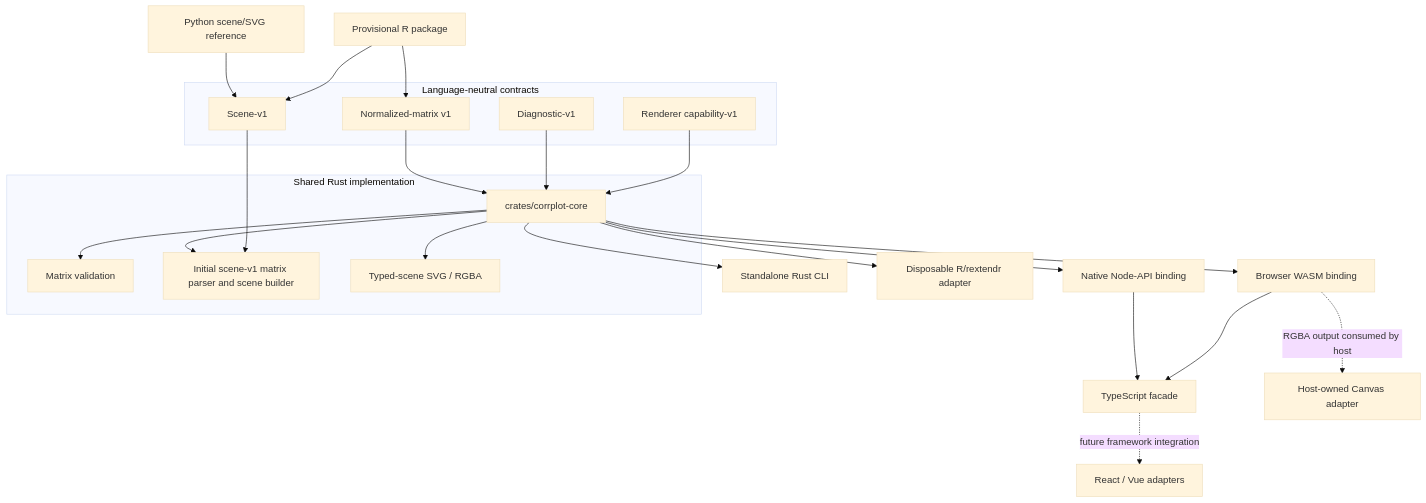
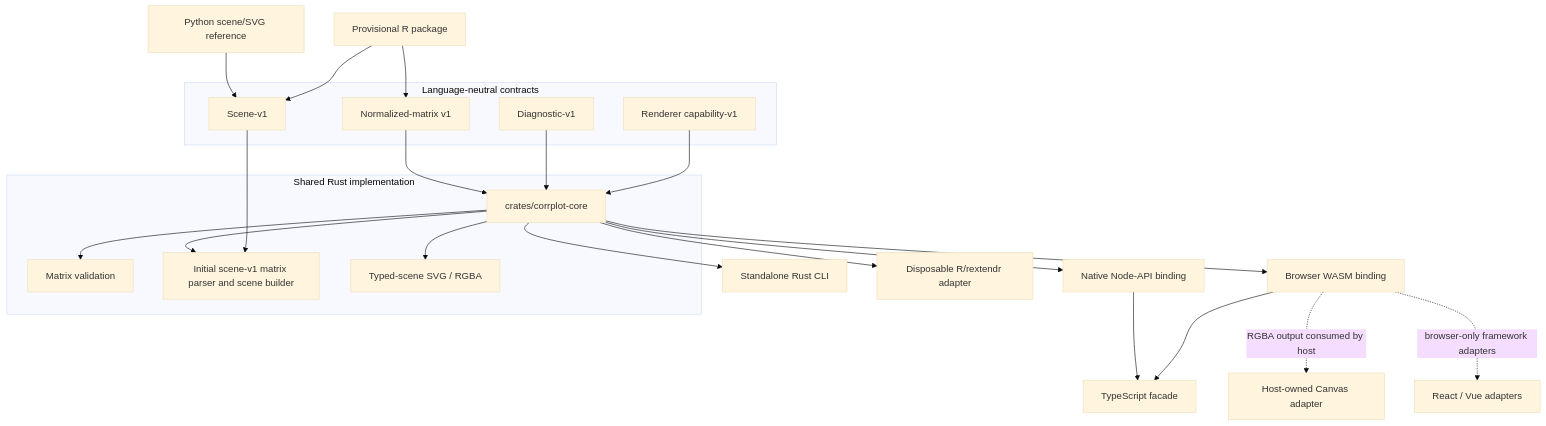
The diagram in docs/architecture.md (vsimko/corrplot-ng), drawn with Mermaid (base theme) before and after one commit. The commit also changed other lines of this file, not shown here.

Commit message:
docs(vue): update architecture and implementation status

````diff
--- a/docs/architecture.md
+++ b/docs/architecture.md
@@ -28,45 +28,45 @@
 ```mermaid
 flowchart TB
     subgraph Contracts[Language-neutral contracts]
       NM[Normalized-matrix v1]
       SC[Scene-v1]
       DIAG[Diagnostic-v1]
       CAP[Renderer capability-v1]
     end
 
     subgraph Rust[Shared Rust implementation]
       CORE[crates/corrplot-core]
       VALIDATE[Matrix validation]
       BUILD[Initial scene-v1 matrix parser and scene builder]
       RENDER[Typed-scene SVG / RGBA]
       CORE --> VALIDATE
       CORE --> BUILD
       CORE --> RENDER
     end
 
     CLI[Standalone Rust CLI]
     NODE[Native Node-API binding]
     WASM[Browser WASM binding]
     R[Disposable R/rextendr adapter]
     TS[TypeScript facade]
     PY[Python scene/SVG reference]
     RPKG[Provisional R package]
     CANVAS[Host-owned Canvas adapter]
     FRAME[React / Vue adapters]
 
     NM --> CORE
     SC --> BUILD
     DIAG --> CORE
     CAP --> CORE
     CORE --> CLI
     CORE --> NODE
     CORE --> WASM
     CORE --> R
     NODE --> TS
     WASM --> TS
     PY --> SC
     RPKG --> NM
     RPKG --> SC
     WASM -. RGBA output consumed by host .-> CANVAS
-    TS -. future framework integration .-> FRAME
+    WASM -. browser-only framework adapters .-> FRAME
 ```
````
